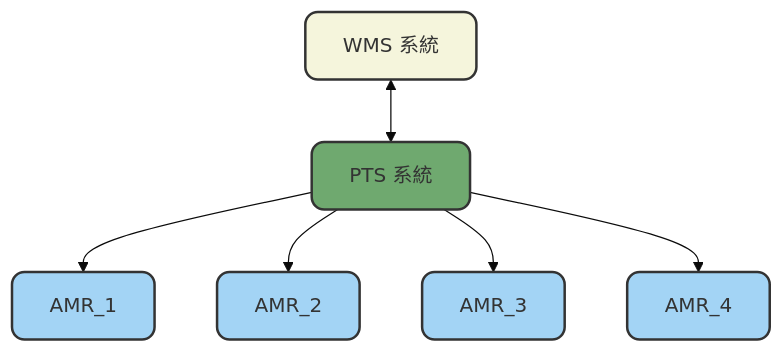
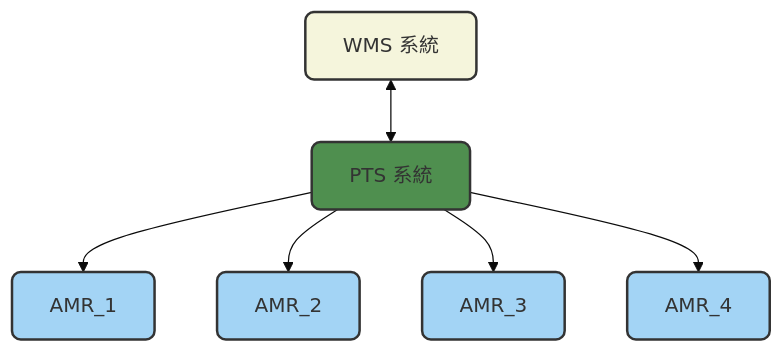
Before and after one commit to athena-tircgo/amr-wms-lsj: the first of 5 diagrams in README.md, drawn with Mermaid (base theme).

````diff
--- a/README.md
+++ b/README.md
@@ -22,25 +22,25 @@
 ```mermaid
 flowchart TD
     %% 節點設定
-    style WMS fill:#f5f5dc,stroke:#333,stroke-width:2px,rx:10,ry:10
-    style PTS fill:#6fa96f,stroke:#333,stroke-width:2px,rx:10,ry:10
-    style AMR1 fill:#a3d4f5,stroke:#333,stroke-width:2px,rx:10,ry:10
-    style AMR2 fill:#a3d4f5,stroke:#333,stroke-width:2px,rx:10,ry:10
-    style AMR3 fill:#a3d4f5,stroke:#333,stroke-width:2px,rx:10,ry:10
-    style AMR4 fill:#a3d4f5,stroke:#333,stroke-width:2px,rx:10,ry:10
+    style WMS fill:#f5f5dc,stroke:#333,stroke-width:2px,rx:7,ry:7
+    style PTS fill:#4f8f4f,stroke:#333,stroke-width:2px,rx:7,ry:7
+    style AMR1 fill:#a3d4f5,stroke:#333,stroke-width:2px,rx:7,ry:7
+    style AMR2 fill:#a3d4f5,stroke:#333,stroke-width:2px,rx:7,ry:7
+    style AMR3 fill:#a3d4f5,stroke:#333,stroke-width:2px,rx:7,ry:7
+    style AMR4 fill:#a3d4f5,stroke:#333,stroke-width:2px,rx:7,ry:7
 
     %% 節點文字
     WMS["WMS 系統"]
     PTS["PTS 系統"]
     AMR1["AMR_1"]
     AMR2["AMR_2"]
     AMR3["AMR_3"]
     AMR4["AMR_4"]
 
     %% 連線
     WMS <-->PTS
     PTS -->AMR1
     PTS -->AMR2
     PTS -->AMR3
     PTS -->AMR4
 ```
````
